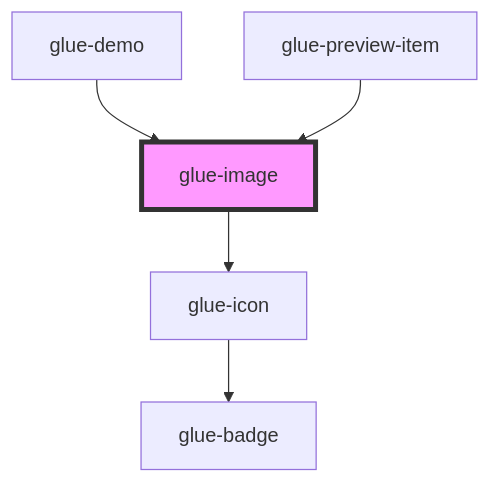
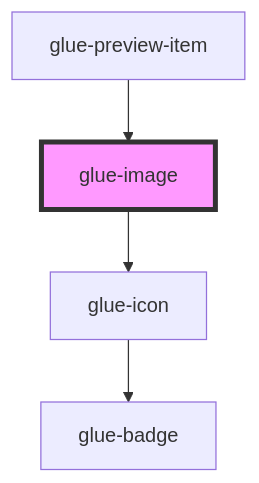
Before and after one commit to grasilife/glue: the diagram in packages/glue-components/src/components/glue-image/readme.md, drawn with Mermaid. The commit also changed other lines of this file and 14 other files, not shown here.

````diff
--- a/packages/glue-components/src/components/glue-image/readme.md
+++ b/packages/glue-components/src/components/glue-image/readme.md
@@ -48,8 +47,7 @@
 ```mermaid
 graph TD;
   glue-image --> glue-icon
   glue-icon --> glue-badge
-  glue-demo --> glue-image
   glue-preview-item --> glue-image
   style glue-image fill:#f9f,stroke:#333,stroke-width:4px
 ```
````
